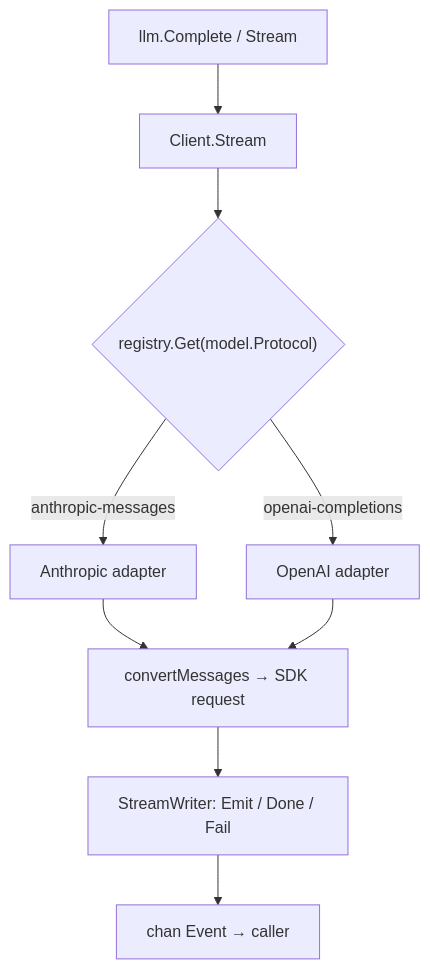
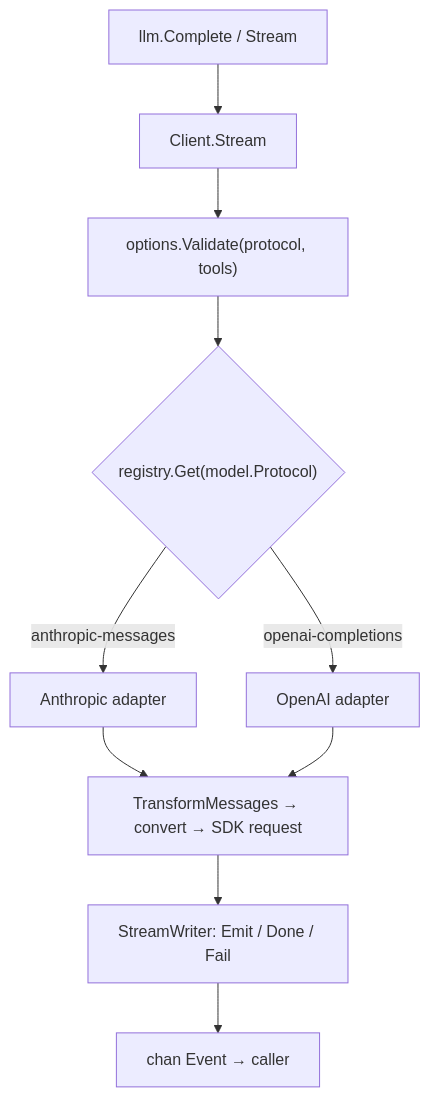
The second of 2 diagrams in docs/internals/overview.md (ktsoator/or), drawn with Mermaid before and after one commit. The commit also changed other lines of this file and 15 other files, not shown here.

````diff
--- a/docs/internals/overview.md
+++ b/docs/internals/overview.md
@@ -21,11 +66,12 @@
 ```mermaid
 flowchart TD
     A["llm.Complete / Stream"] --> B["Client.Stream"]
-    B --> C{"registry.Get(model.Protocol)"}
+    B --> V["options.Validate(protocol, tools)"]
+    V --> C{"registry.Get(model.Protocol)"}
     C -->|anthropic-messages| D["Anthropic adapter"]
     C -->|openai-completions| E["OpenAI adapter"]
-    D --> F["convertMessages → SDK request"]
-    E --> F
-    F --> G["StreamWriter: Emit / Done / Fail"]
+    D --> T["TransformMessages → convert → SDK request"]
+    E --> T
+    T --> G["StreamWriter: Emit / Done / Fail"]
     G --> H["chan Event → caller"]
 ```
````
